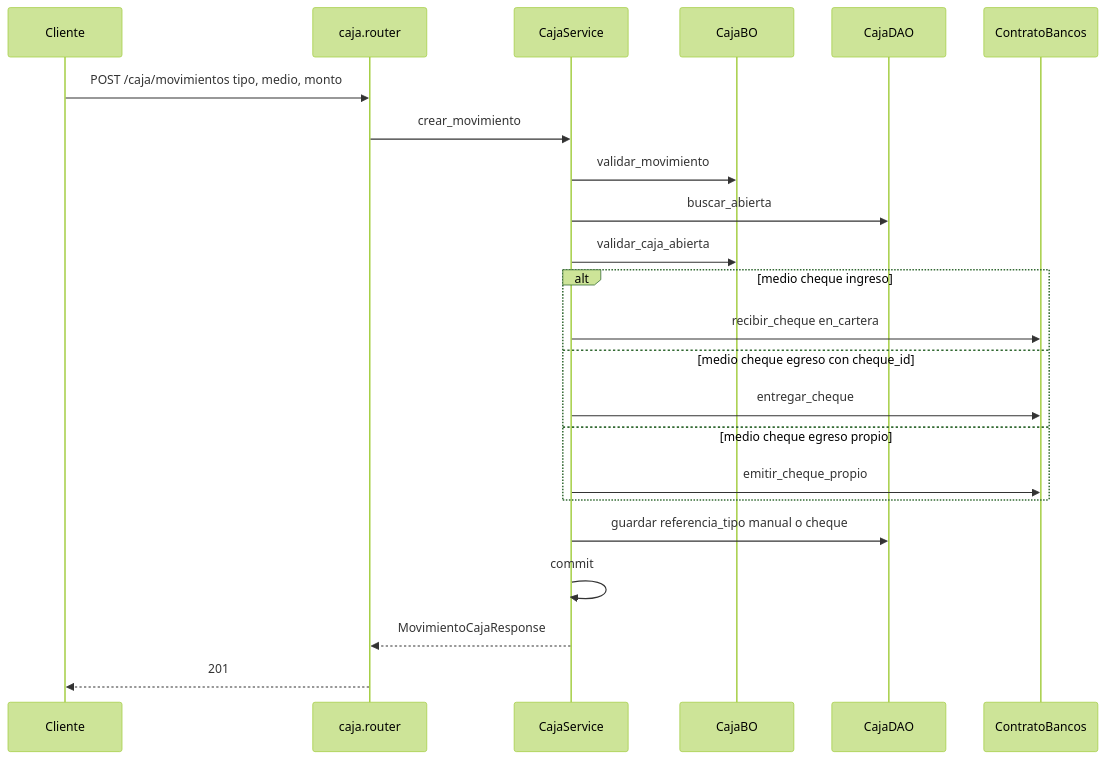
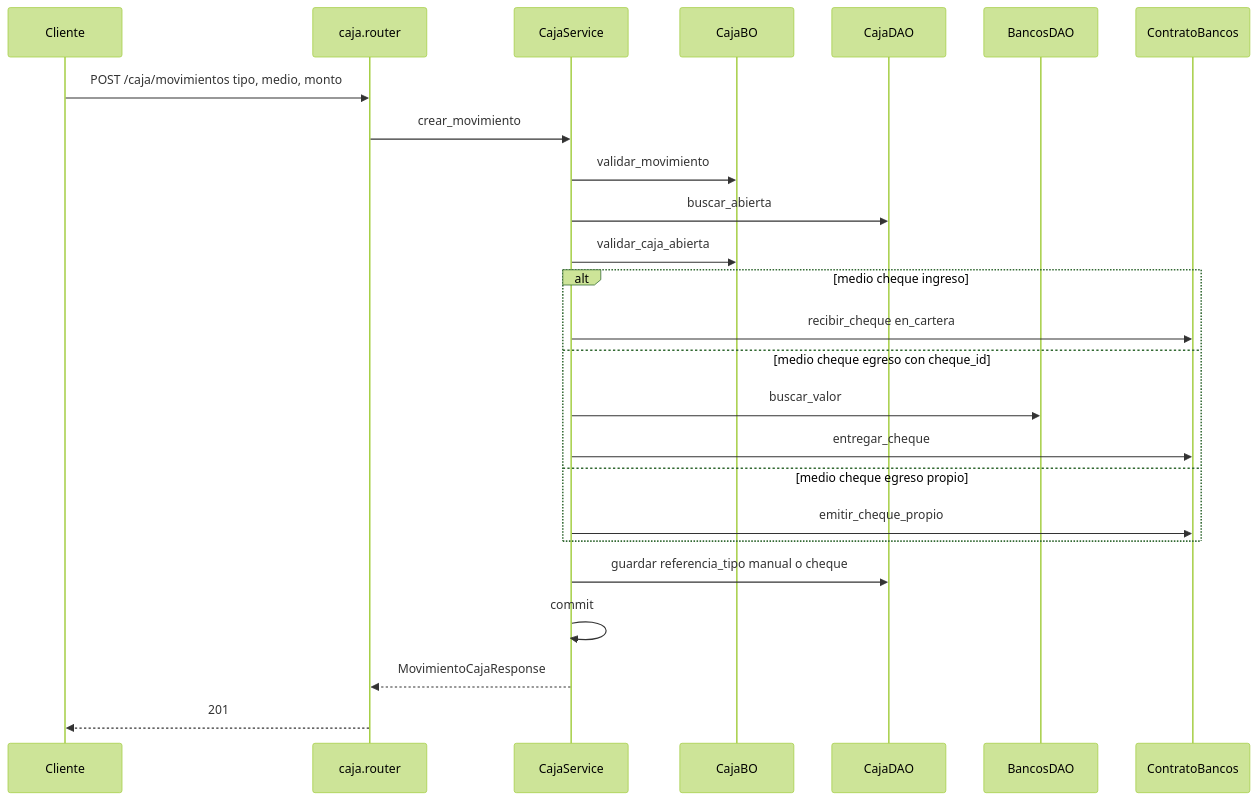
The second of 3 diagrams in docs/diagramas/caja.md (estsan3/ventas360-api), drawn with Mermaid (forest theme) before and after one commit. The commit also changed other lines of this file and 21 other files, not shown here.

First line of the commit message:
docs: diagramas de secuencia por módulo (sync 2026-11-15)

````diff
--- a/docs/diagramas/caja.md
+++ b/docs/diagramas/caja.md
@@ -29,26 +31,28 @@
 ```mermaid
 sequenceDiagram
     participant Cliente
     participant Router as caja.router
     participant Service as CajaService
     participant BO as CajaBO
     participant DAO as CajaDAO
+    participant BancosDAO
     participant Bancos as ContratoBancos
 
     Cliente->>Router: POST /caja/movimientos tipo, medio, monto
     Router->>Service: crear_movimiento
     Service->>BO: validar_movimiento
     Service->>DAO: buscar_abierta
     Service->>BO: validar_caja_abierta
     alt medio cheque ingreso
         Service->>Bancos: recibir_cheque en_cartera
     else medio cheque egreso con cheque_id
+        Service->>BancosDAO: buscar_valor
         Service->>Bancos: entregar_cheque
     else medio cheque egreso propio
         Service->>Bancos: emitir_cheque_propio
     end
     Service->>DAO: guardar referencia_tipo manual o cheque
     Service->>Service: commit
     Service-->>Router: MovimientoCajaResponse
     Router-->>Cliente: 201
 ```
````
